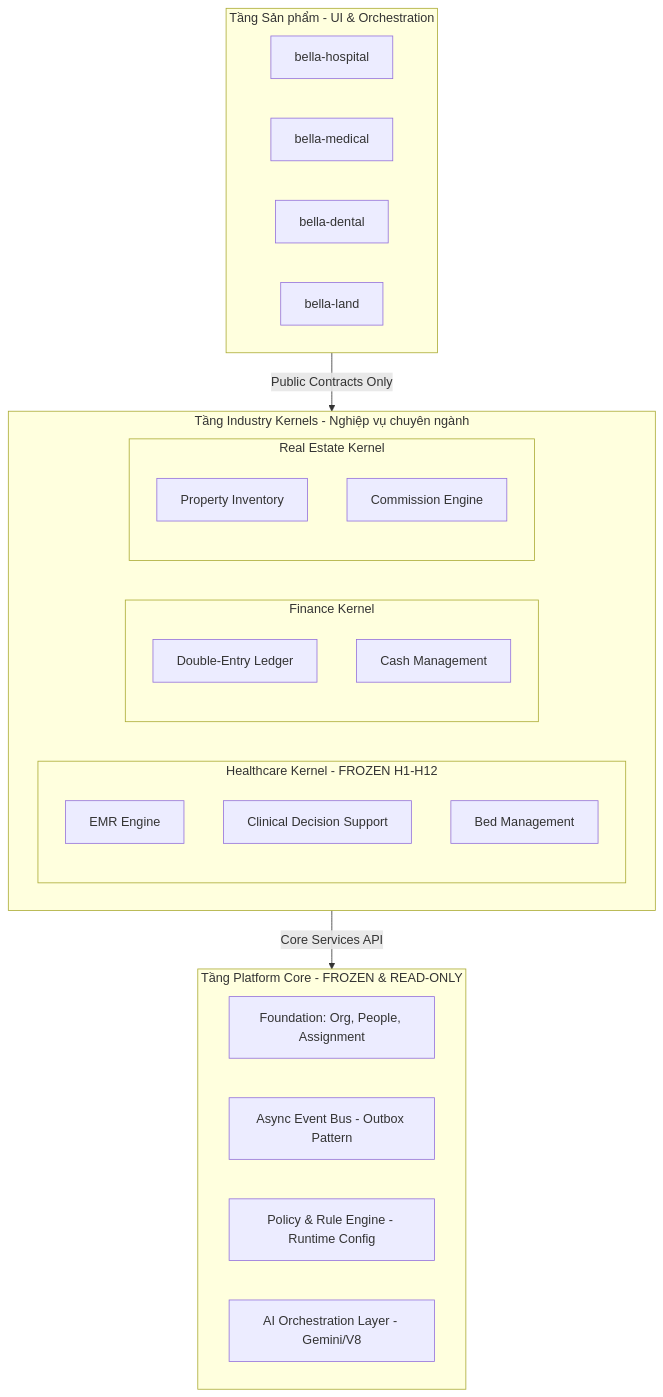
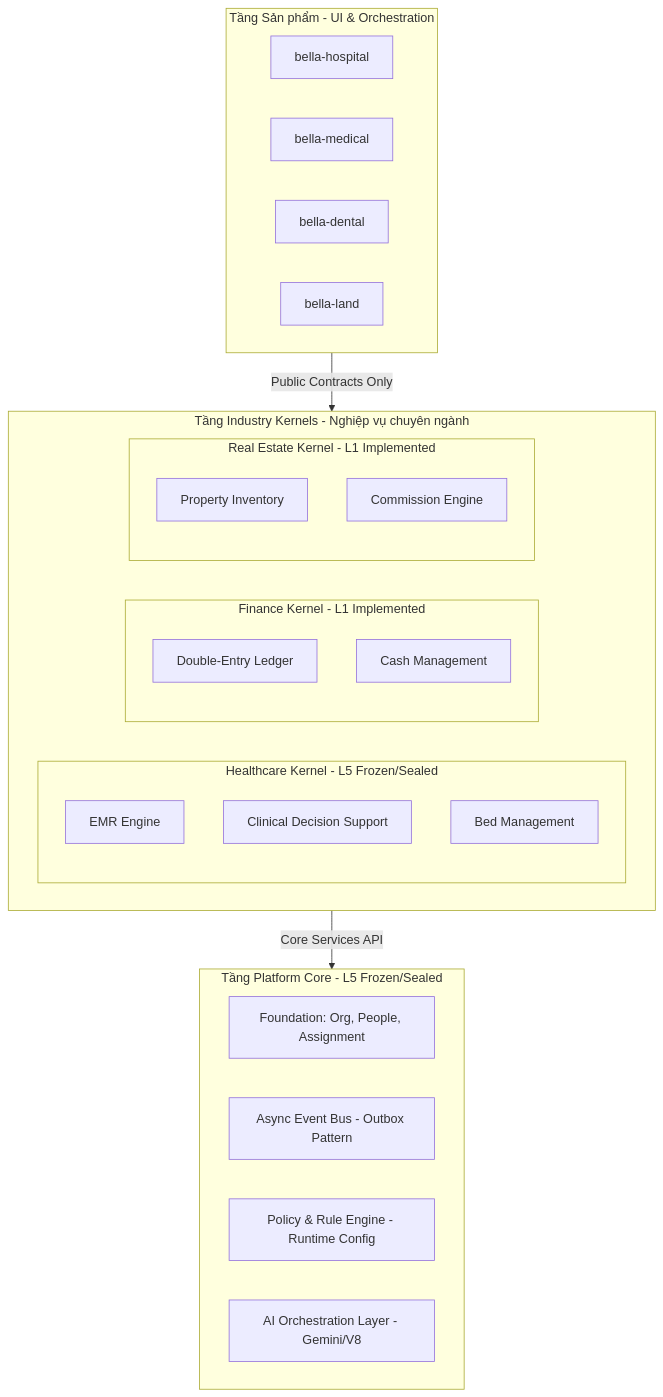
Before and after one commit to bellaspahcm/bella-spa-erp: the diagram in docs/investor/TANG_2_TECHNICAL_DUE_DILIGENCE.md, drawn with Mermaid. The commit also changed other lines of this file and 45 other files, not shown here.

````diff
--- a/docs/investor/TANG_2_TECHNICAL_DUE_DILIGENCE.md
+++ b/docs/investor/TANG_2_TECHNICAL_DUE_DILIGENCE.md
@@ -15,35 +15,35 @@
 ```mermaid
 graph TD
     subgraph Layer_Product [Tầng Sản phẩm - UI & Orchestration]
         Hospital[bella-hospital]
         Clinic[bella-medical]
         Dental[bella-dental]
         Land[bella-land]
     end
 
     subgraph Layer_Kernel [Tầng Industry Kernels - Nghiệp vụ chuyên ngành]
-        subgraph HC_Kernel [Healthcare Kernel - FROZEN H1-H12]
+        subgraph HC_Kernel [Healthcare Kernel - L5 Frozen/Sealed]
             EMR[EMR Engine]
             CDS[Clinical Decision Support]
             Bed[Bed Management]
         end
-        subgraph FI_Kernel [Finance Kernel]
+        subgraph FI_Kernel [Finance Kernel - L1 Implemented]
             Ledger[Double-Entry Ledger]
             Cash[Cash Management]
         end
-        subgraph RE_Kernel [Real Estate Kernel]
+        subgraph RE_Kernel [Real Estate Kernel - L1 Implemented]
             Property[Property Inventory]
             Comm[Commission Engine]
         end
     end
 
-    subgraph Layer_Core [Tầng Platform Core - FROZEN & READ-ONLY]
+    subgraph Layer_Core [Tầng Platform Core - L5 Frozen/Sealed]
         Foundation[Foundation: Org, People, Assignment]
         EventBus[Async Event Bus - Outbox Pattern]
         Policy[Policy & Rule Engine - Runtime Config]
         AIOrch[AI Orchestration Layer - Gemini/V8]
     end
 
     Layer_Product -->|Public Contracts Only| Layer_Kernel
     Layer_Kernel -->|Core Services API| Layer_Core
 ```
````
